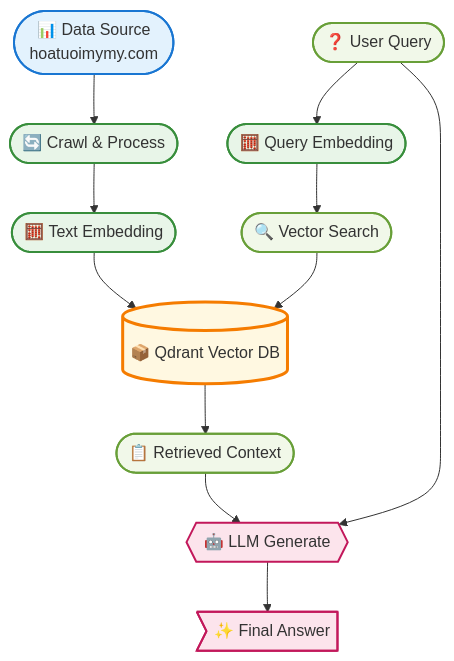
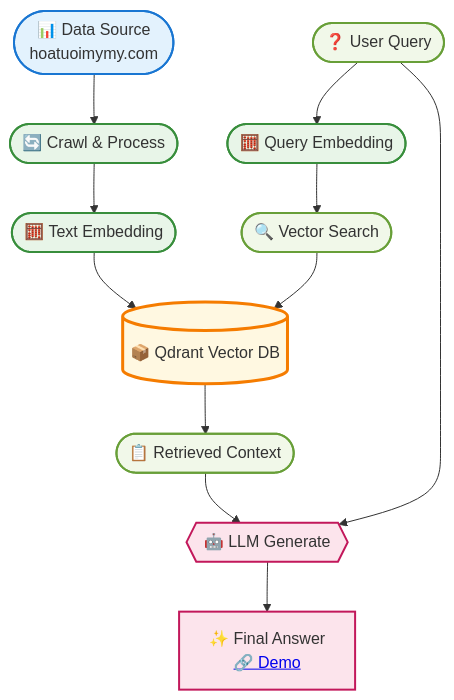
One commit to vuhuyng04/RAG_Project changed the diagram in README.md. Above: the diagram before and after it, drawn with Mermaid.

````diff
--- a/README.md
+++ b/README.md
@@ -4,28 +4,28 @@
 ```mermaid
 graph TD
     A([📊 Data Source<br/>hoatuoimymy.com]) --> B([🔄 Crawl & Process])
     B --> C([🧮 Text Embedding])
     C --> D[(📦 Qdrant Vector DB)]
     
     E([❓ User Query]) --> J([🧮 Query Embedding])
     J --> F([🔍 Vector Search])
     F --> D
     D --> G([📋 Retrieved Context])
     
     E --> H{{🤖 LLM Generate}}
     G --> H
-    H --> I>✨ Final Answer]
+    H --> I[✨ Final Answer<br/><a href="https://vuhuy-rag.streamlit.app/" target="_blank">🔗 Demo</a>]
 
     %% Styling
     classDef source fill:#e3f2fd,stroke:#1976d2,stroke-width:2px
     classDef process fill:#e8f5e8,stroke:#388e3c,stroke-width:2px
     classDef storage fill:#fff8e1,stroke:#f57c00,stroke-width:3px
     classDef query fill:#f1f8e9,stroke:#689f38,stroke-width:2px
     classDef llm fill:#fce4ec,stroke:#c2185b,stroke-width:2px
 
     class A source
     class B,C,J process
     class D storage
     class E,F,G query
     class H,I llm
 ```
````
